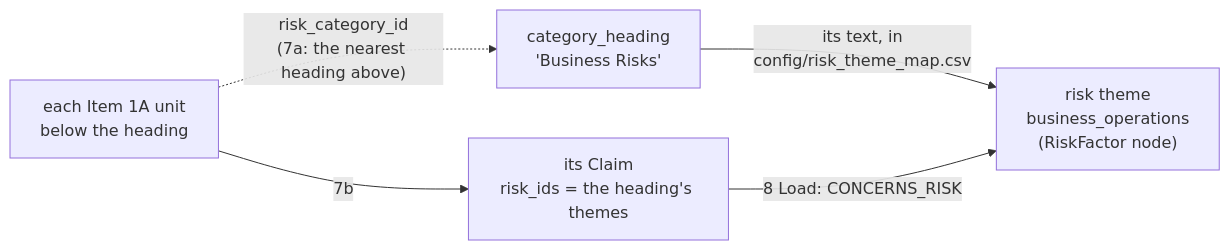
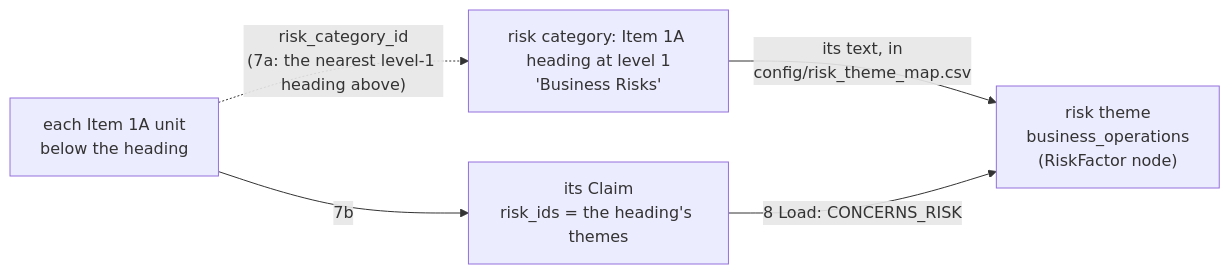
One commit to ZiyiClaudiaWang/KPMG-GraphRAG changed the third of 4 diagrams in extraction_pipeline/README.md. Above: the diagram before and after it, drawn with Mermaid. The commit also changed other lines of this file and 15 other files, not shown here.

First line of the commit message:
Make Item 1A risk categories ordinary level-1 headings (v8)

````diff
--- a/extraction_pipeline/README.md
+++ b/extraction_pipeline/README.md
@@ -150,7 +149,7 @@
 ```mermaid
 flowchart LR
-    U["each Item 1A unit<br/>below the heading"] -.->|"risk_category_id<br/>(7a: the nearest heading above)"| CH["category_heading<br/>'Business Risks'"]
+    U["each Item 1A unit<br/>below the heading"] -.->|"risk_category_id<br/>(7a: the nearest level-1 heading above)"| CH["risk category: Item 1A heading at level 1<br/>'Business Risks'"]
     CH -->|"its text, in<br/>config/risk_theme_map.csv"| RF["risk theme<br/>business_operations<br/>(RiskFactor node)"]
     U -->|"7b"| CL["its Claim<br/>risk_ids = the heading's themes"]
     CL -->|"8 Load: CONCERNS_RISK"| RF
 ```
````
